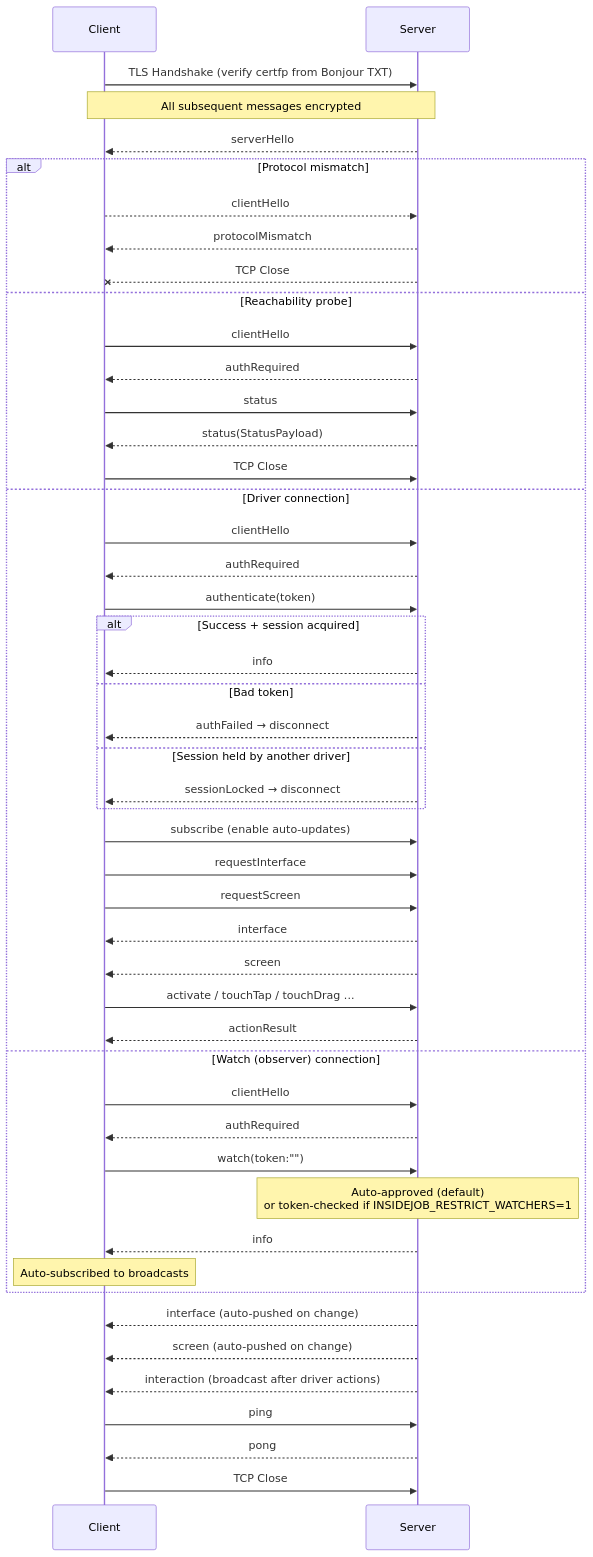
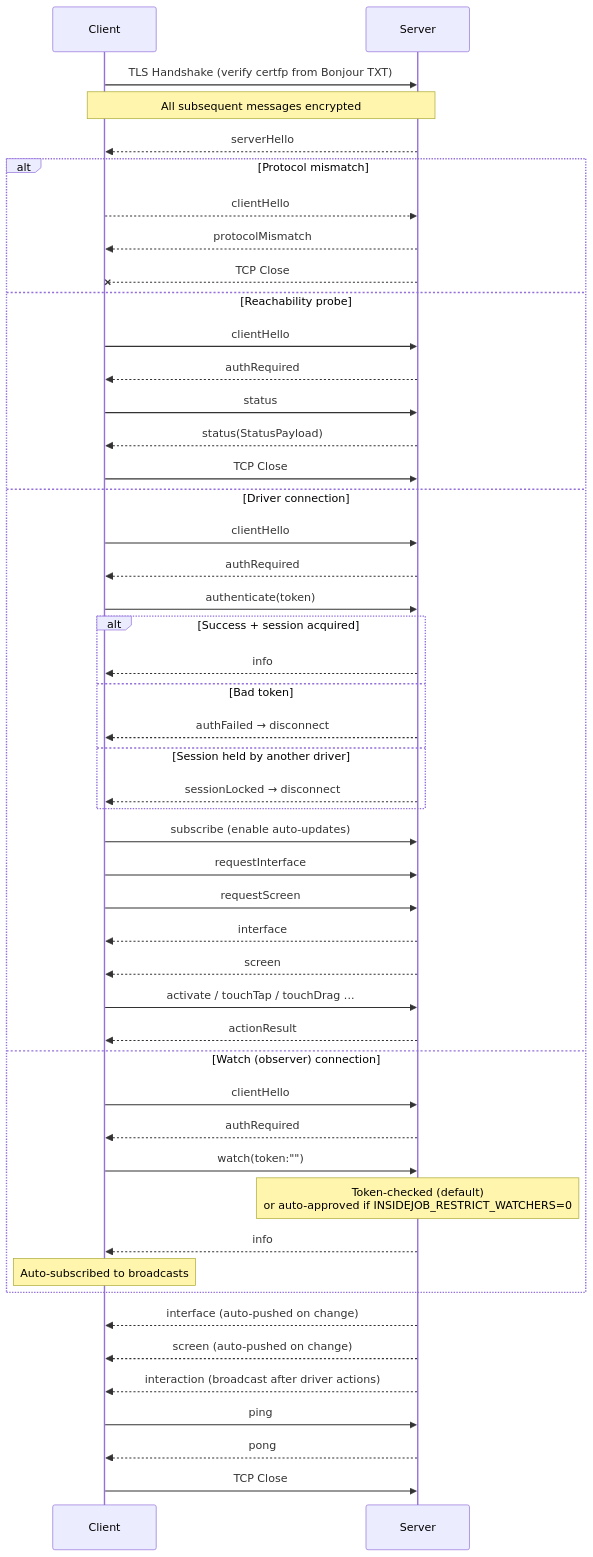
Before and after one commit to RoyalPineapple/TheButtonHeist: the first of 3 diagrams in docs/WIRE-PROTOCOL.md, drawn with Mermaid. The commit also changed other lines of this file and 20 other files, not shown here.

````diff
--- a/docs/WIRE-PROTOCOL.md
+++ b/docs/WIRE-PROTOCOL.md
@@ -45,58 +45,58 @@
 ```mermaid
 sequenceDiagram
     participant Client
     participant Server
 
     Client->>Server: TLS Handshake (verify certfp from Bonjour TXT)
     Note over Client,Server: All subsequent messages encrypted
     Server-->>Client: serverHello
 
     alt Protocol mismatch
         Client-->>Server: clientHello
         Server-->>Client: protocolMismatch
         Server--xClient: TCP Close
     else Reachability probe
         Client->>Server: clientHello
         Server-->>Client: authRequired
         Client->>Server: status
         Server-->>Client: status(StatusPayload)
         Client->>Server: TCP Close
     else Driver connection
         Client->>Server: clientHello
         Server-->>Client: authRequired
         Client->>Server: authenticate(token)
 
         alt Success + session acquired
             Server-->>Client: info
         else Bad token
             Server-->>Client: authFailed → disconnect
         else Session held by another driver
             Server-->>Client: sessionLocked → disconnect
         end
 
         Client->>Server: subscribe (enable auto-updates)
         Client->>Server: requestInterface
         Client->>Server: requestScreen
         Server-->>Client: interface
         Server-->>Client: screen
 
         Client->>Server: activate / touchTap / touchDrag ...
         Server-->>Client: actionResult
     else Watch (observer) connection
         Client->>Server: clientHello
         Server-->>Client: authRequired
         Client->>Server: watch(token:"")
-        Note over Server: Auto-approved (default)<br>or token-checked if INSIDEJOB_RESTRICT_WATCHERS=1
+        Note over Server: Token-checked (default)<br>or auto-approved if INSIDEJOB_RESTRICT_WATCHERS=0
         Server-->>Client: info
         Note over Client: Auto-subscribed to broadcasts
     end
 
     Server-->>Client: interface (auto-pushed on change)
     Server-->>Client: screen (auto-pushed on change)
     Server-->>Client: interaction (broadcast after driver actions)
 
     Client->>Server: ping
     Server-->>Client: pong
 
     Client->>Server: TCP Close
 ```
````
